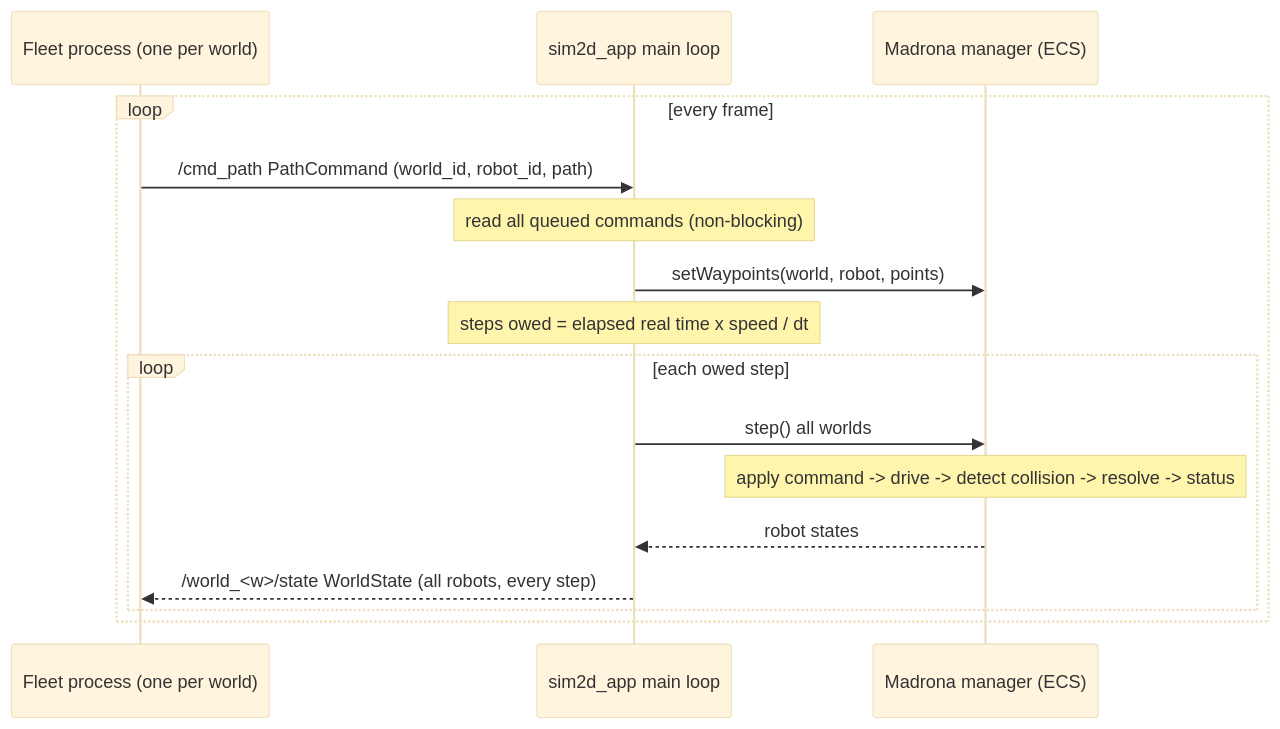
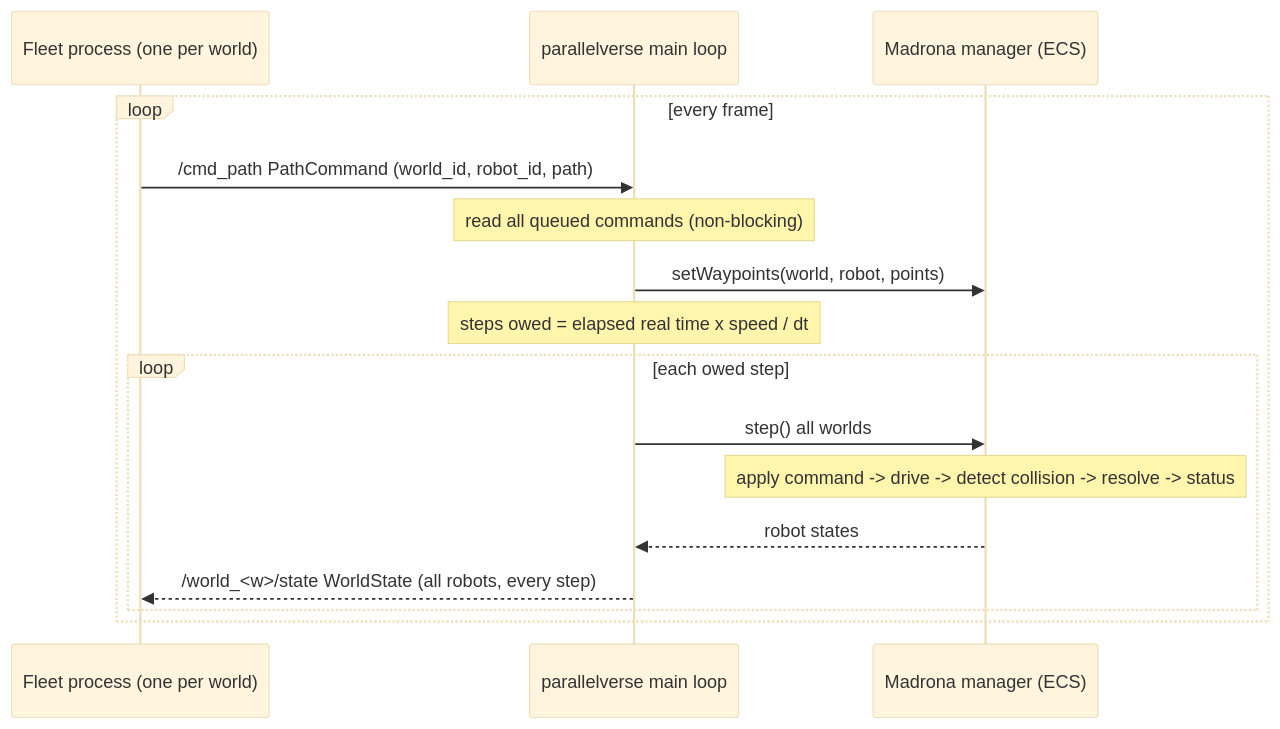
One commit to saiaravind19/parallelverse changed the diagram in docs/communication.md. Above: the diagram before and after it, drawn with Mermaid (base theme). The commit also changed 9 other files, not shown here.

First line of the commit message:
Rename the app to parallelverse

````diff
--- a/docs/communication.md
+++ b/docs/communication.md
@@ -20,19 +20,19 @@
 ```mermaid
 sequenceDiagram
     participant F as Fleet process (one per world)
-    participant S as sim2d_app main loop
+    participant S as parallelverse main loop
     participant M as Madrona manager (ECS)
 
     loop every frame
         F->>S: /cmd_path PathCommand (world_id, robot_id, path)
         Note over S: read all queued commands (non-blocking)
         S->>M: setWaypoints(world, robot, points)
         Note over S: steps owed = elapsed real time x speed / dt
         loop each owed step
             S->>M: step() all worlds
             Note over M: apply command -> drive -> detect collision -> resolve -> status
             M-->>S: robot states
             S-->>F: /world_<w>/state WorldState (all robots, every step)
         end
     end
 ```
````
